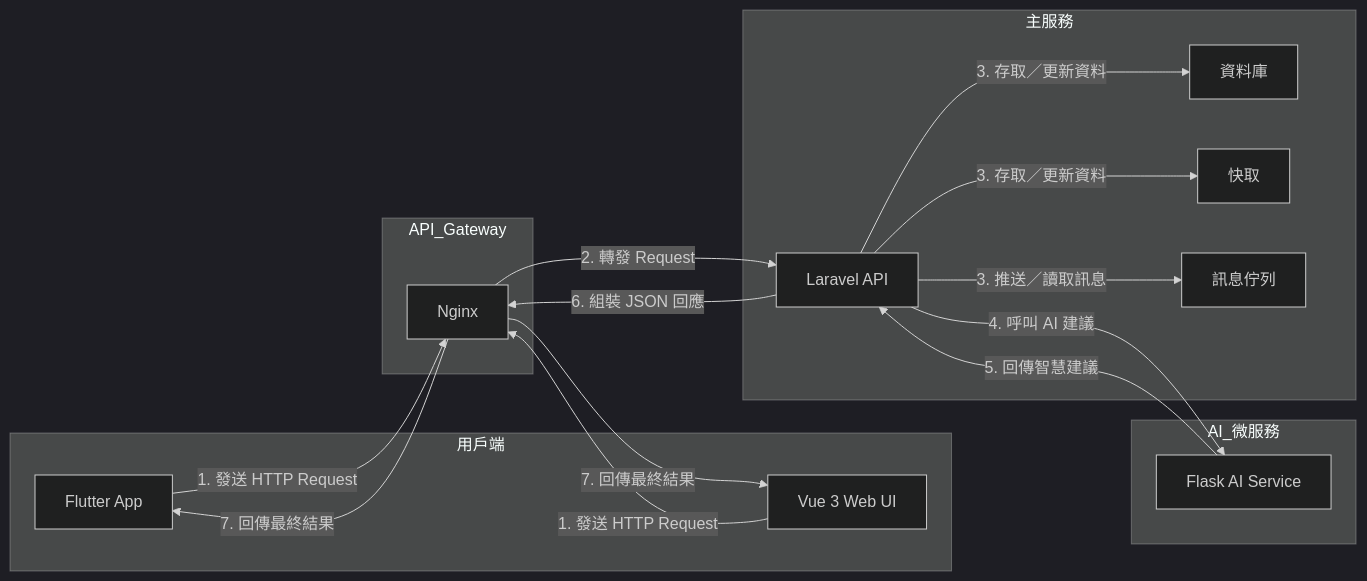
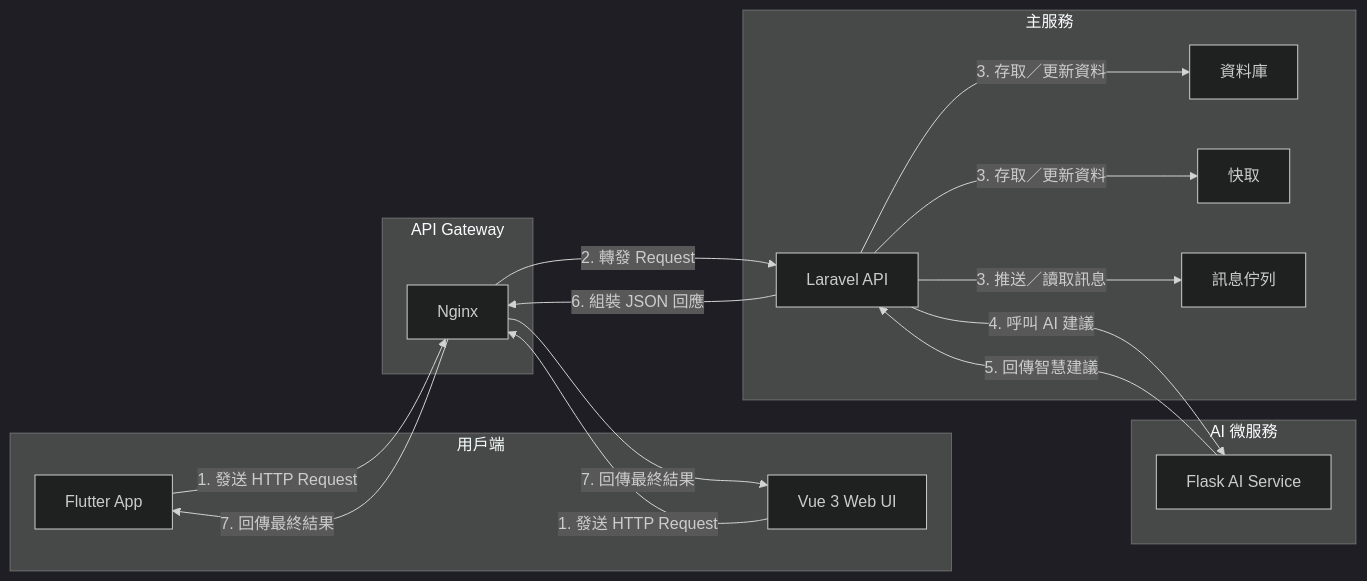
One commit to BpsEason/petcarehub changed the diagram in README.md. Above: the diagram before and after it, drawn with Mermaid (dark theme).

````diff
--- a/README.md
+++ b/README.md
@@ -44,35 +44,37 @@
 ```mermaid
 flowchart LR
-  subgraph 用戶端
-    A1[Flutter App]
-    A2[Vue 3 Web UI]
+  %% Subgraph ID 使用 ASCII，方括號中顯示中文名稱
+  subgraph clients [用戶端]
+    A1["Flutter App"]
+    A2["Vue 3 Web UI"]
   end
 
-  subgraph API_Gateway
-    B[Nginx]
+  subgraph gateway [API Gateway]
+    B["Nginx"]
   end
 
-  subgraph 主服務
-    C[Laravel API]
-    D[資料庫]
-    E[快取]
-    F[訊息佇列]
+  subgraph main [主服務]
+    C["Laravel API"]
+    D["資料庫"]
+    E["快取"]
+    F["訊息佇列"]
   end
 
-  subgraph AI_微服務
-    G[Flask AI Service]
+  subgraph ai [AI 微服務]
+    G["Flask AI Service"]
   end
 
   A1 -->|1. 發送 HTTP Request| B
   A2 -->|1. 發送 HTTP Request| B
   B  -->|2. 轉發 Request| C
   C  -->|3. 存取／更新資料| D
   C  -->|3. 存取／更新資料| E
   C  -->|3. 推送／讀取訊息| F
   C  -->|4. 呼叫 AI 建議| G
   G  -->|5. 回傳智慧建議| C
   C  -->|6. 組裝 JSON 回應| B
   B  -->|7. 回傳最終結果| A1
   B  -->|7. 回傳最終結果| A2
 
+
 ```
````
